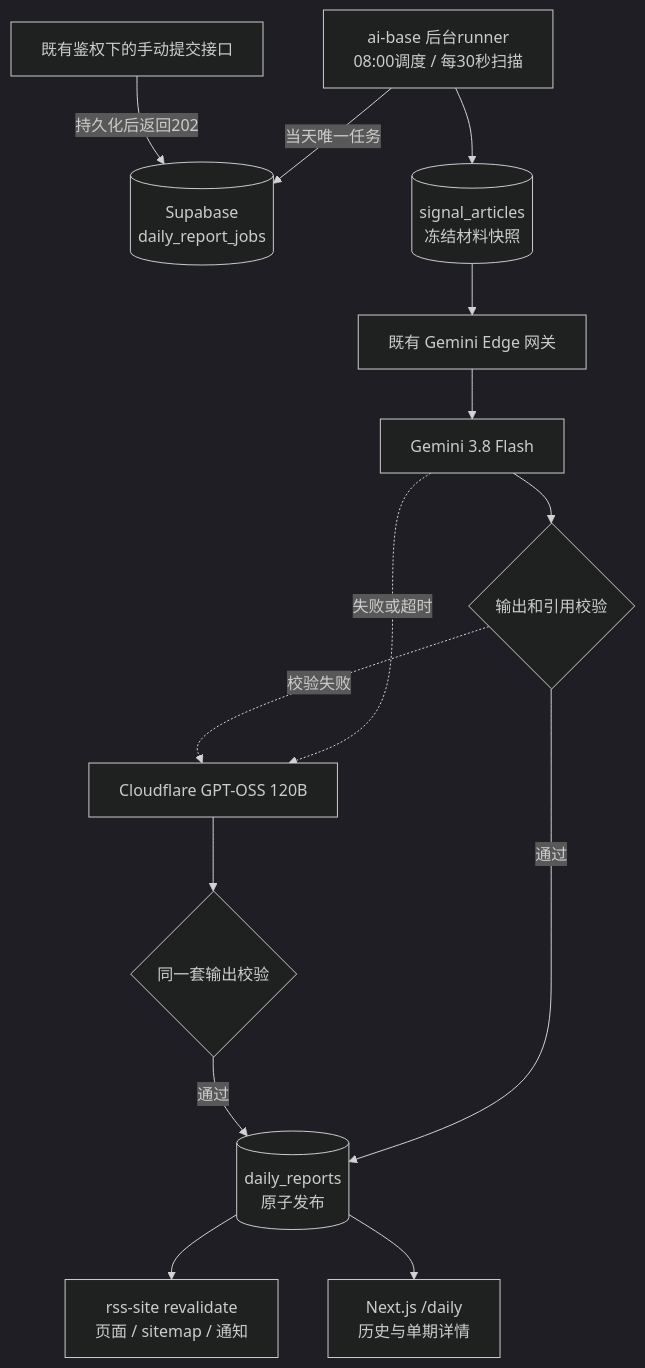
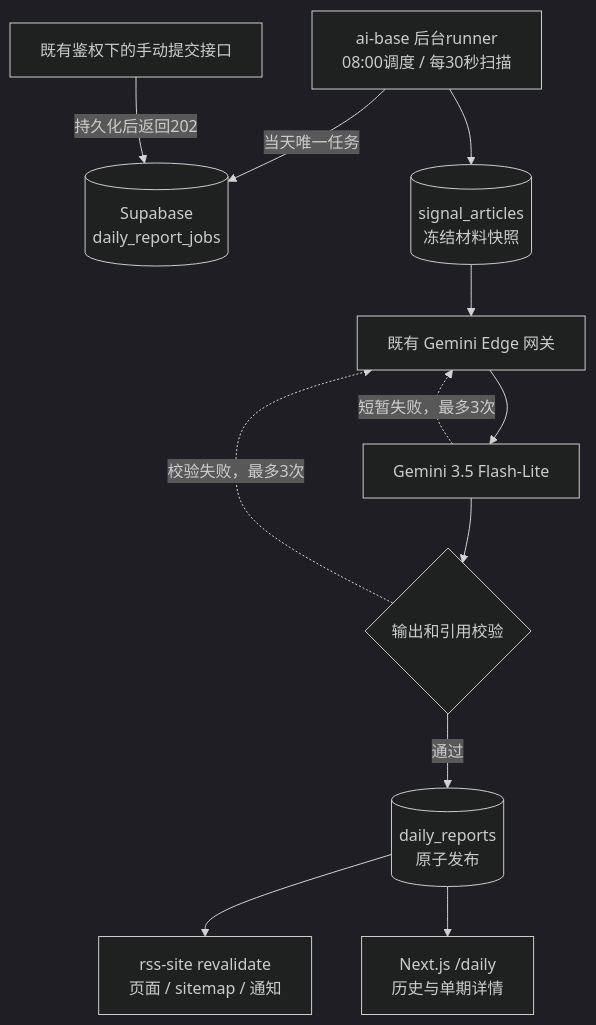
One commit to ljh12138164/rss-site changed the diagram in docs/development/daily-report.md. Above: the diagram before and after it, drawn with Mermaid (dark theme). The commit also changed other lines of this file and 1 other file, not shown here.

Commit message:
docs(daily): record Gemini-only retries and live evaluation

````diff
--- a/docs/development/daily-report.md
+++ b/docs/development/daily-report.md
@@ -54,16 +54,14 @@
 ```mermaid
 flowchart TD
     E[ai-base 后台runner<br/>08:00调度 / 每30秒扫描] -->|当天唯一任务| D[(Supabase<br/>daily_report_jobs)]
     C[既有鉴权下的手动提交接口] -->|持久化后返回202| D
     E --> F[(signal_articles<br/>冻结材料快照)]
     F --> G[既有 Gemini Edge 网关]
-    G --> H[Gemini 3.8 Flash]
+    G --> H[Gemini 3.5 Flash-Lite]
     H --> I{输出和引用校验}
-    H -.失败或超时.-> J[Cloudflare GPT-OSS 120B]
-    I -.校验失败.-> J
-    J --> K{同一套输出校验}
+    H -.短暂失败，最多3次.-> G
+    I -.校验失败，最多3次.-> G
     I -->|通过| L[(daily_reports<br/>原子发布)]
-    K -->|通过| L
     L --> M[rss-site revalidate<br/>页面 / sitemap / 通知]
     L --> N[Next.js /daily<br/>历史与单期详情]
 ```
````
